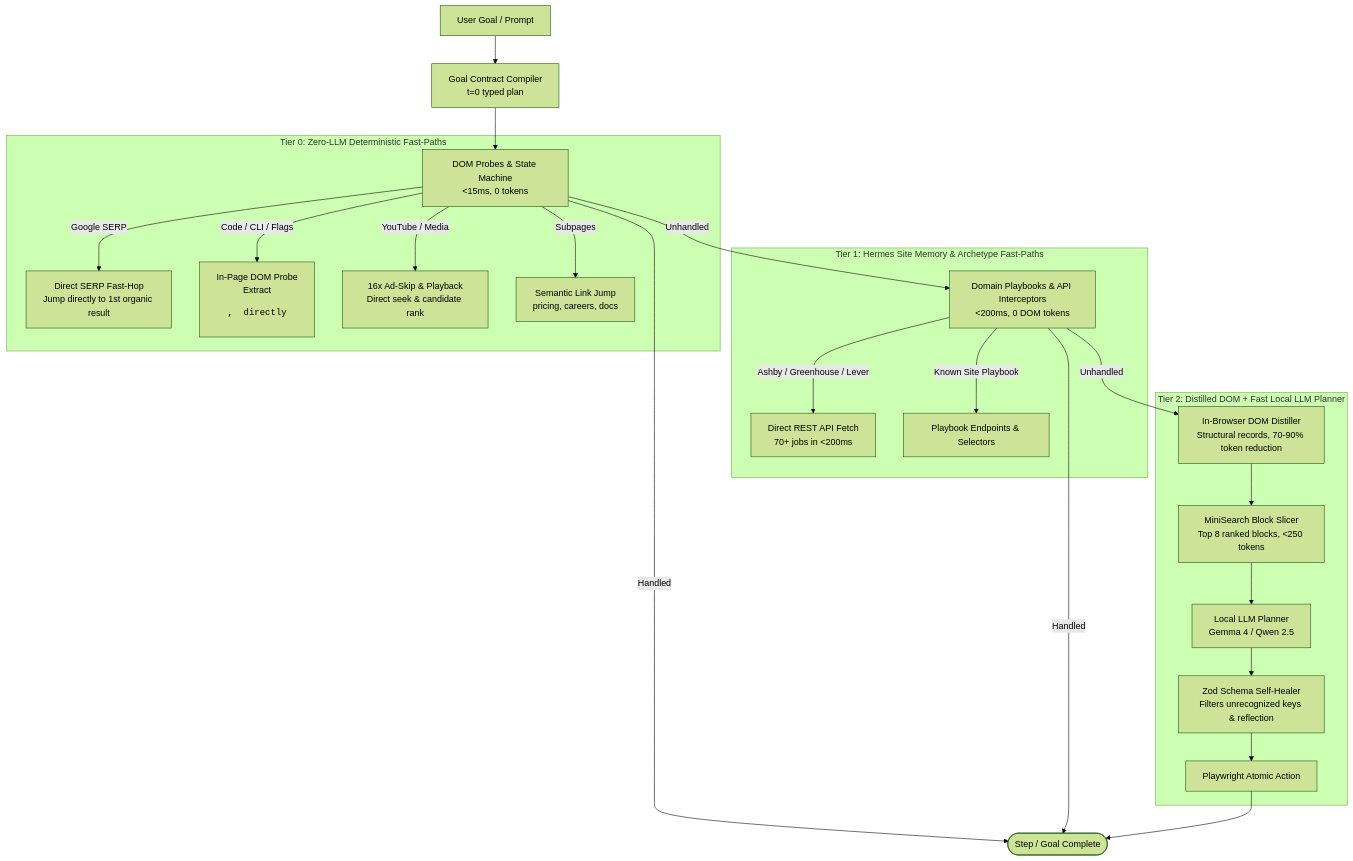
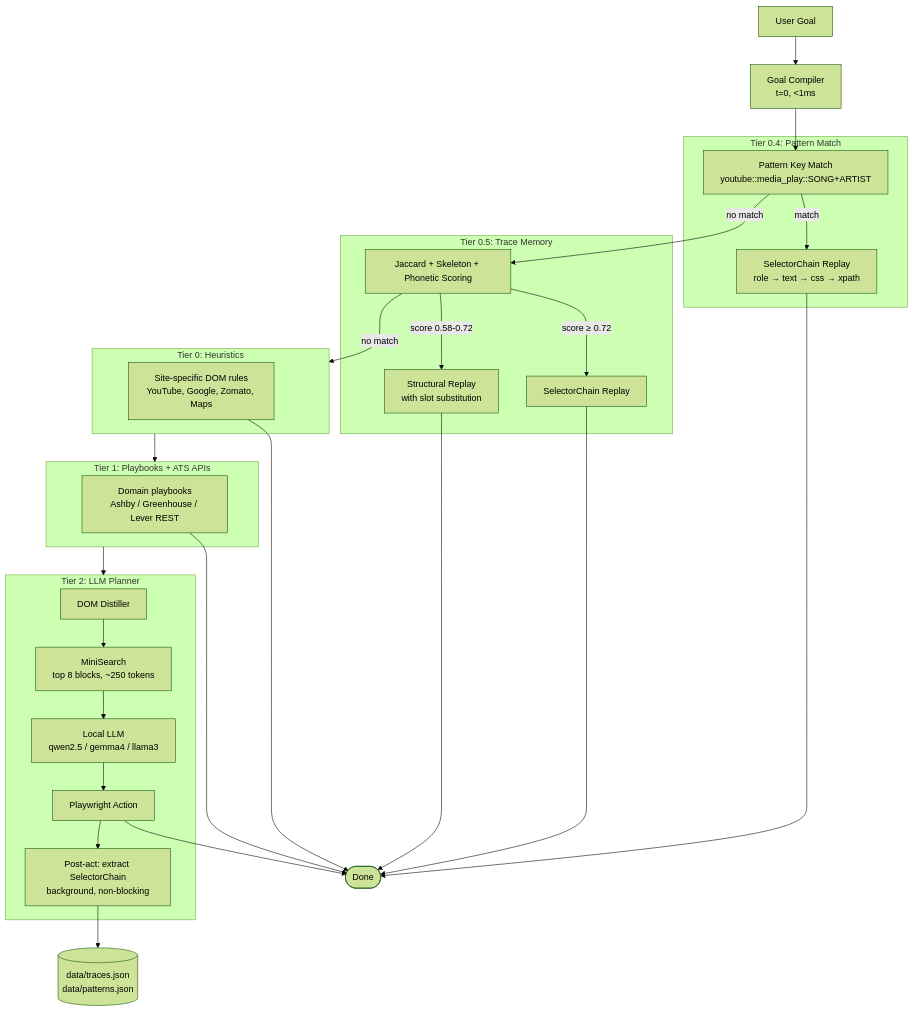
Before and after one commit to Py528/stagehand-local: the diagram in README.md, drawn with Mermaid (forest theme). The commit also changed other lines of this file, not shown here.

First line of the commit message:
docs: rewrite README to reflect self-improving path platform architecture

````diff
--- a/README.md
+++ b/README.md
@@ -78,35 +133,47 @@
 ```mermaid
 flowchart TD
-    Goal[User Goal / Prompt] --> Compiler[Goal Contract Compiler\nt=0 typed plan]
-    Compiler --> T0
+    Goal[User Goal] --> Compiler[Goal Compiler\nt=0, <1ms]
+    Compiler --> PM
 
-    subgraph Tier0 [Tier 0: Zero-LLM Deterministic Fast-Paths]
-        T0[DOM Probes & State Machine\n<15ms, 0 tokens]
-        T0 -->|Google SERP| SERPHop[Direct SERP Fast-Hop\nJump directly to 1st organic result]
-        T0 -->|Code / CLI / Flags| DOMProbe[In-Page DOM Probe\nExtract <pre>, <code> directly]
-        T0 -->|YouTube / Media| MediaHeuristic[16x Ad-Skip & Playback\nDirect seek & candidate rank]
-        T0 -->|Subpages| SemanticNav[Semantic Link Jump\npricing, careers, docs]
+    subgraph T04 [Tier 0.4: Pattern Match]
+        PM[Pattern Key Match\nyoutube::media_play::SONG+ARTIST]
+        PM -->|match| SC[SelectorChain Replay\nrole → text → css → xpath]
     end
 
-    T0 -- Handled --> Done([Step / Goal Complete])
-    T0 -- Unhandled --> T1
+    PM -- no match --> TR
 
-    subgraph Tier1 [Tier 1: Hermes Site Memory & Archetype Fast-Paths]
-        T1[Domain Playbooks & API Interceptors\n<200ms, 0 DOM tokens]
-        T1 -->|Ashby / Greenhouse / Lever| ATSFastPath[Direct REST API Fetch\n70+ jobs in <200ms]
-        T1 -->|Known Site Playbook| PlaybookHit[Playbook Endpoints & Selectors]
+    subgraph T05 [Tier 0.5: Trace Memory]
+        TR[Jaccard + Skeleton + Phonetic Scoring]
+        TR -->|score ≥ 0.72| SCR[SelectorChain Replay]
+        TR -->|score 0.58-0.72| SSR[Structural Replay\nwith slot substitution]
     end
 
-    T1 -- Handled --> Done
-    T1 -- Unhandled --> T2
+    TR -- no match --> T0
 
-    subgraph Tier2 [Tier 2: Distilled DOM + Fast Local LLM Planner]
-        T2[In-Browser DOM Distiller\nStructural records, 70-90% token reduction]
-        T2 --> MiniSearch[MiniSearch Block Slicer\nTop 8 ranked blocks, <250 tokens]
-        MiniSearch --> LLM[Local LLM Planner\nGemma 4 / Qwen 2.5]
-        LLM --> ZodHealer[Zod Schema Self-Healer\nFilters unrecognized keys & reflection]
-        ZodHealer --> BrowserAct[Playwright Atomic Action]
+    subgraph T0 [Tier 0: Heuristics]
+        T0H[Site-specific DOM rules\nYouTube, Google, Zomato, Maps]
     end
 
-    BrowserAct --> Done
+    T0 --> T1
+
+    subgraph T1 [Tier 1: Playbooks + ATS APIs]
+        T1P[Domain playbooks\nAshby / Greenhouse / Lever REST]
+    end
+
+    T1 --> T2
+
+    subgraph T2 [Tier 2: LLM Planner]
+        D[DOM Distiller] --> MS[MiniSearch\ntop 8 blocks, ~250 tokens]
+        MS --> LLM[Local LLM\nqwen2.5 / gemma4 / llama3]
+        LLM --> Act[Playwright Action]
+        Act --> PostAct[Post-act: extract SelectorChain\nbackground, non-blocking]
+    end
+
+    SC --> Done([Done])
+    SCR --> Done
+    SSR --> Done
+    T0H --> Done
+    T1P --> Done
+    Act --> Done
+    PostAct --> Store[(data/traces.json\ndata/patterns.json)]
 ```
````
